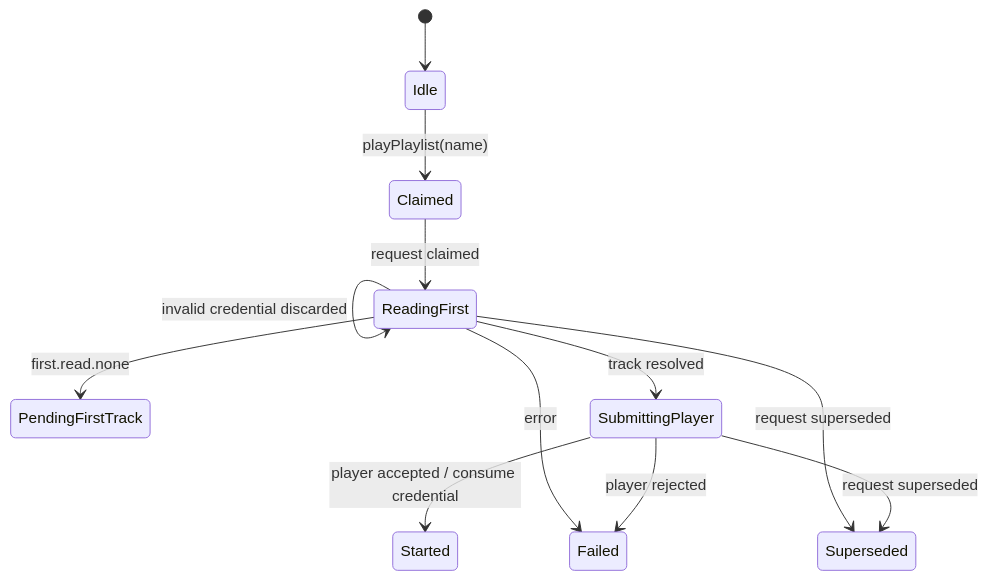
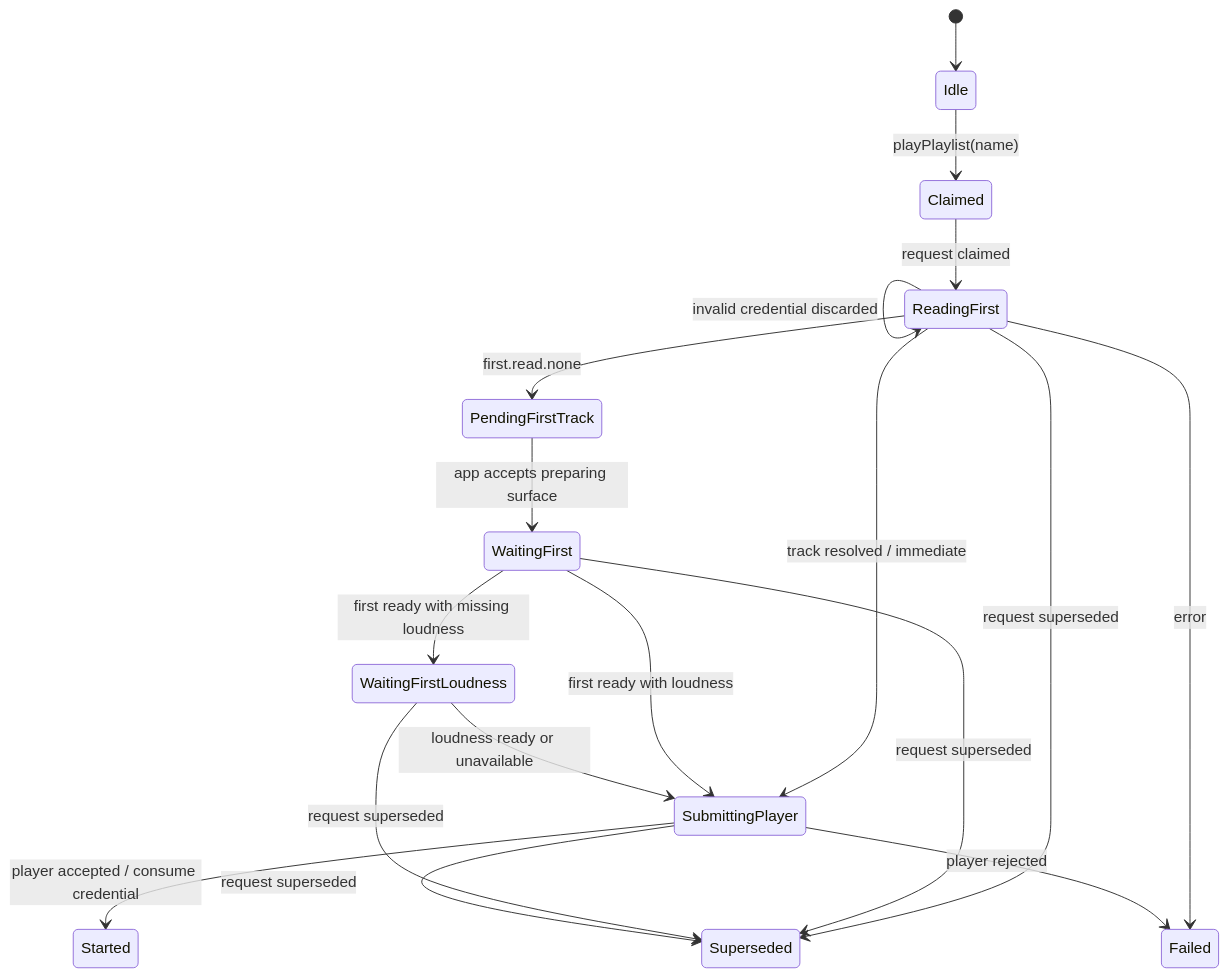
Before and after one commit to GrahLnn/slisic: the sixth of 21 diagrams in docs/project-behavior.design.md, drawn with Mermaid. The commit also changed other lines of this file and 18 other files, not shown here.

````diff
--- a/docs/project-behavior.design.md
+++ b/docs/project-behavior.design.md
@@ -1911,14 +1971,20 @@
 ```mermaid
 stateDiagram-v2
   [*] --> Idle
   Idle --> Claimed: playPlaylist(name)
   Claimed --> ReadingFirst: request claimed
   ReadingFirst --> PendingFirstTrack: first.read.none
   ReadingFirst --> ReadingFirst: invalid credential discarded
-  ReadingFirst --> SubmittingPlayer: track resolved
+  ReadingFirst --> SubmittingPlayer: track resolved / immediate
   ReadingFirst --> Superseded: request superseded
   ReadingFirst --> Failed: error
+  PendingFirstTrack --> WaitingFirst: app accepts preparing surface
+  WaitingFirst --> WaitingFirstLoudness: first ready with missing loudness
+  WaitingFirst --> SubmittingPlayer: first ready with loudness
+  WaitingFirstLoudness --> SubmittingPlayer: loudness ready or unavailable
+  WaitingFirst --> Superseded: request superseded
+  WaitingFirstLoudness --> Superseded: request superseded
   SubmittingPlayer --> Started: player accepted / consume credential
   SubmittingPlayer --> Failed: player rejected
   SubmittingPlayer --> Superseded: request superseded
 ```
````
